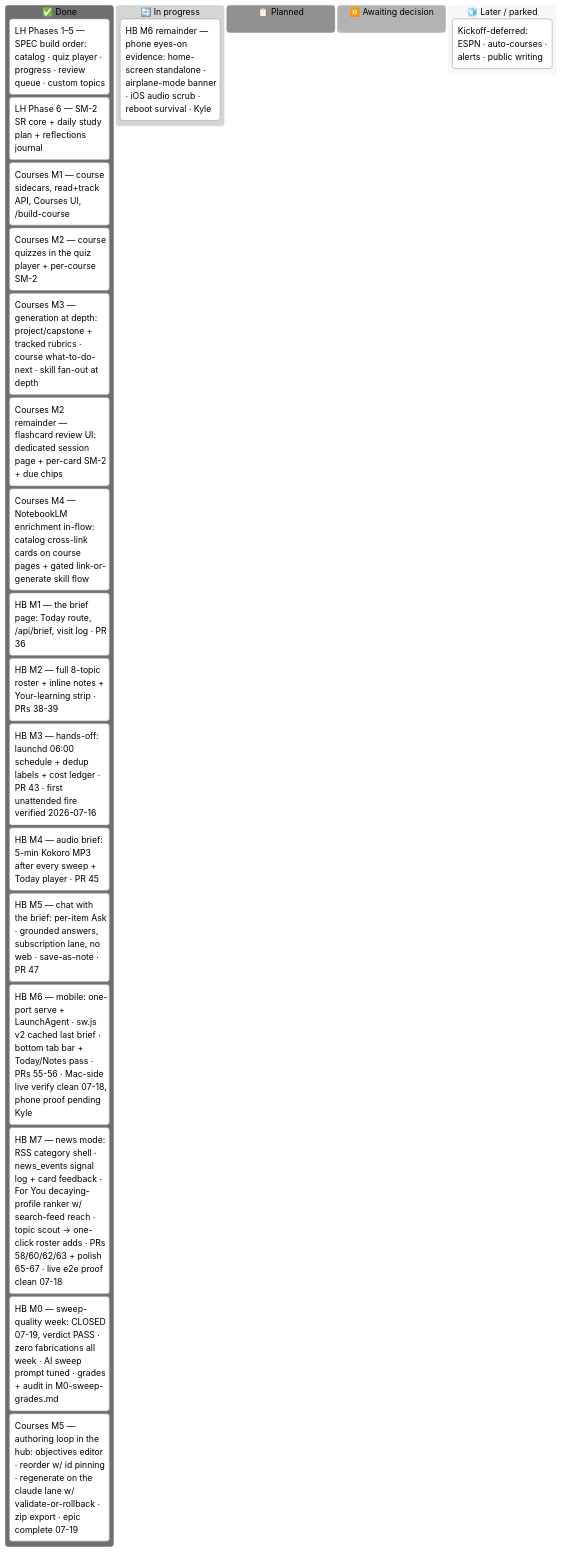
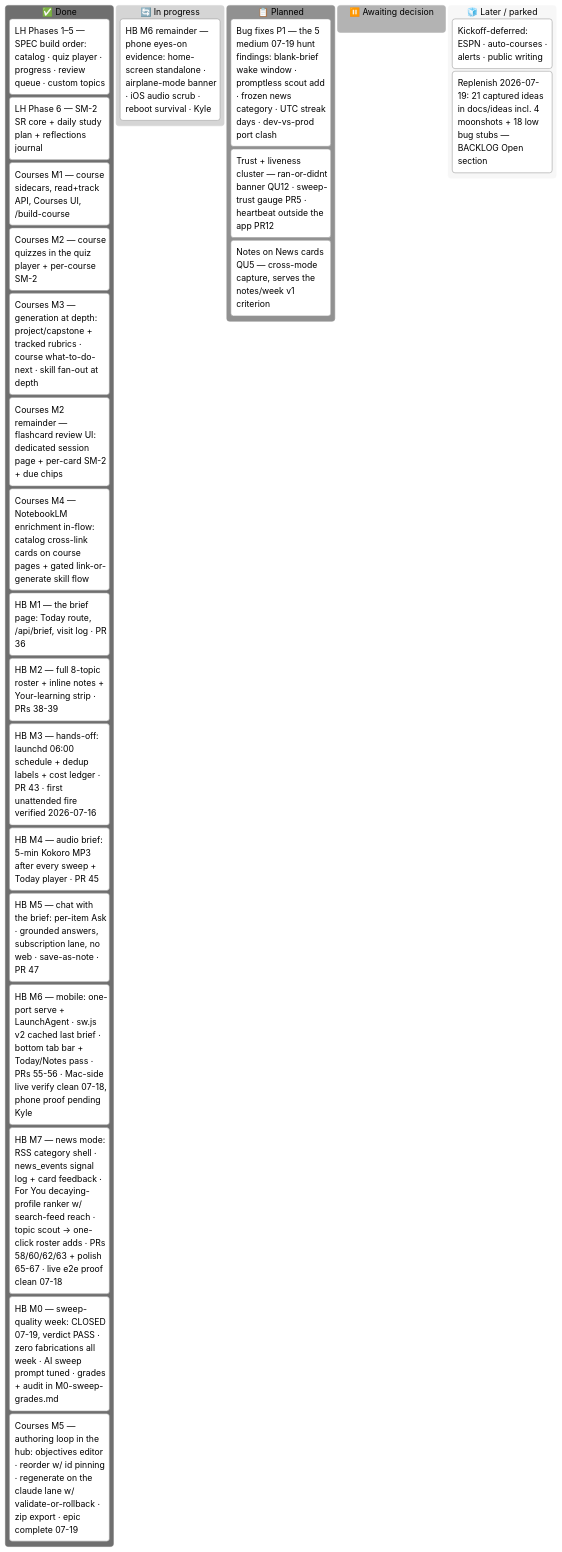
One commit to ksdisch/home-base changed the diagram in docs/MASTER_PLAN.md. Above: the diagram before and after it, drawn with Mermaid (neutral theme). The commit also changed other lines of this file and 22 other files, not shown here.

First line of the commit message:
docs: backlog replenish 2026-07-19 — 21 vision docs, ## Open queue, kanban refill

````diff
--- a/docs/MASTER_PLAN.md
+++ b/docs/MASTER_PLAN.md
@@ -42,26 +42,30 @@
 ```mermaid
 kanban
   done["✅ Done"]
     lh15["LH Phases 1–5 — SPEC build order: catalog · quiz player · progress · review queue · custom topics"]
     lh6["LH Phase 6 — SM-2 SR core + daily study plan + reflections journal"]
     lh7["Courses M1 — course sidecars, read+track API, Courses UI, /build-course"]
     lh7m2["Courses M2 — course quizzes in the quiz player + per-course SM-2"]
     lh7m3["Courses M3 — generation at depth: project/capstone + tracked rubrics · course what-to-do-next · skill fan-out at depth"]
     lh7fc["Courses M2 remainder — flashcard review UI: dedicated session page + per-card SM-2 + due chips"]
     lh7m4["Courses M4 — NotebookLM enrichment in-flow: catalog cross-link cards on course pages + gated link-or-generate skill flow"]
     hbm1["HB M1 — the brief page: Today route, /api/brief, visit log · PR 36"]
     hbm2["HB M2 — full 8-topic roster + inline notes + Your-learning strip · PRs 38-39"]
     hbm3["HB M3 — hands-off: launchd 06:00 schedule + dedup labels + cost ledger · PR 43 · first unattended fire verified 2026-07-16"]
     hbm4["HB M4 — audio brief: 5-min Kokoro MP3 after every sweep + Today player · PR 45"]
     hbm5["HB M5 — chat with the brief: per-item Ask · grounded answers, subscription lane, no web · save-as-note · PR 47"]
     hbm6["HB M6 — mobile: one-port serve + LaunchAgent · sw.js v2 cached last brief · bottom tab bar + Today/Notes pass · PRs 55-56 · Mac-side live verify clean 07-18, phone proof pending Kyle"]
     hbm7["HB M7 — news mode: RSS category shell · news_events signal log + card feedback · For You decaying-profile ranker w/ search-feed reach · topic scout → one-click roster adds · PRs 58/60/62/63 + polish 65-67 · live e2e proof clean 07-18"]
     hbm0["HB M0 — sweep-quality week: CLOSED 07-19, verdict PASS · zero fabrications all week · AI sweep prompt tuned · grades + audit in M0-sweep-grades.md"]
     cm5["Courses M5 — authoring loop in the hub: objectives editor · reorder w/ id pinning · regenerate on the claude lane w/ validate-or-rollback · zip export · epic complete 07-19"]
   doing["🔄 In progress"]
     hbm6proof["HB M6 remainder — phone eyes-on evidence: home-screen standalone · airplane-mode banner · iOS audio scrub · reboot survival · Kyle"]
   next["📋 Planned"]
+    bugp1["Bug fixes P1 — the 5 medium 07-19 hunt findings: blank-brief wake window · promptless scout add · frozen news category · UTC streak days · dev-vs-prod port clash"]
+    trust["Trust + liveness cluster — ran-or-didnt banner QU12 · sweep-trust gauge PR5 · heartbeat outside the app PR12"]
+    qnotes["Notes on News cards QU5 — cross-mode capture, serves the notes/week v1 criterion"]
   decide["⏸️ Awaiting decision"]
   later["🧊 Later / parked"]
     defer["Kickoff-deferred: ESPN · auto-courses · alerts · public writing"]
+    replen["Replenish 2026-07-19: 21 captured ideas in docs/ideas incl. 4 moonshots + 18 low bug stubs — BACKLOG Open section"]
 ```
````
